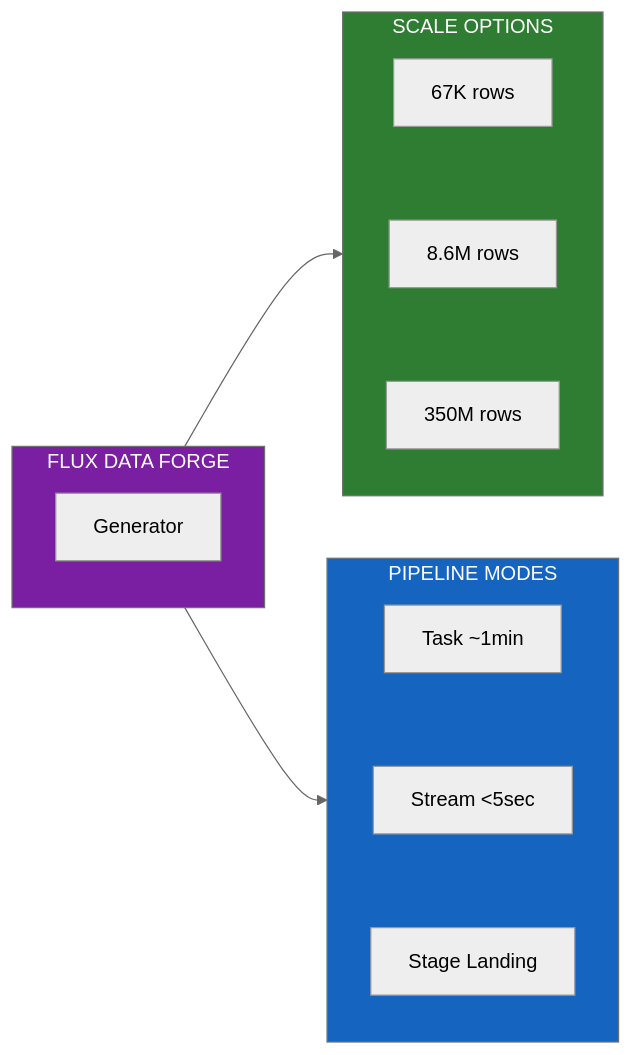
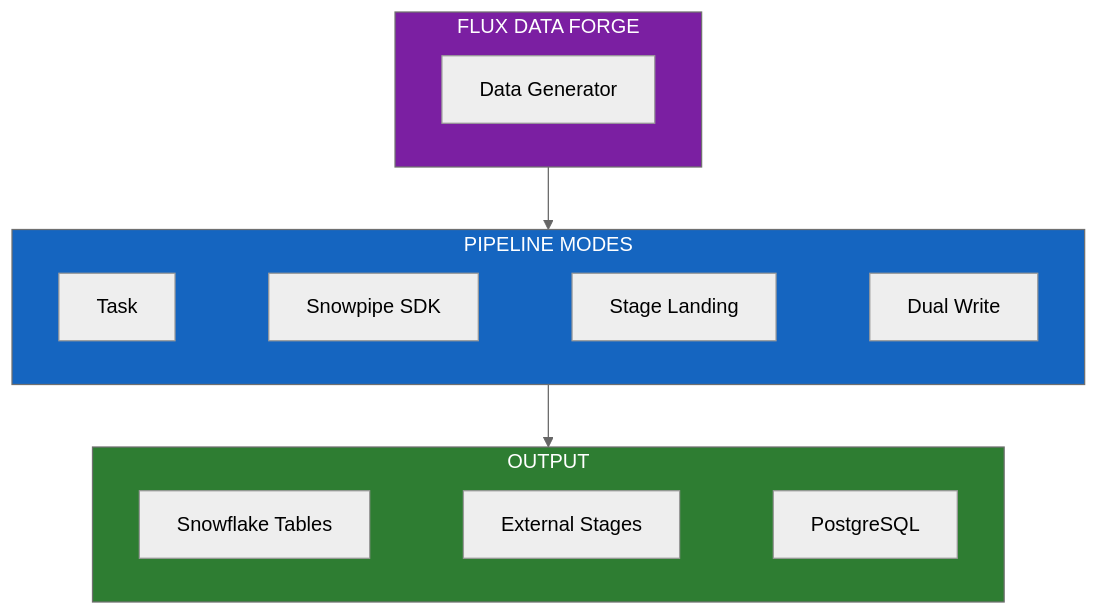
Before and after one commit to sfc-gh-abannerjee/flux-utility-solutions: the third of 3 diagrams in README.md, drawn with Mermaid (neutral theme). The commit also changed 2 other files, not shown here.

Commit message:
Refine Flux Data Forge Mermaid diagrams
- README.md: Clearer top-to-bottom flow showing pipeline modes and outputs
- docs/DATA_FORGE.md: Improved architecture diagram with 4-layer flow, simplified latency comparison
- spcs/flux_data_forge/README.md: Convert ASCII art to Mermaid for consistency

All diagrams now use consistent styling and horizontal layout with ~~~ links.

.... Generated with [Cortex Code](https://docs.snowflake.com/user-guide/snowflake-cortex/cortex-agents)

````diff
--- a/README.md
+++ b/README.md
@@ -145,21 +145,20 @@
 ```mermaid
-flowchart LR
+flowchart TB
     subgraph Forge["FLUX DATA FORGE"]
-        GEN["Generator"]
+        GEN["Data Generator"]
     end
     
-    subgraph Scale["SCALE OPTIONS"]
-        S1["67K rows"] ~~~ S2["8.6M rows"] ~~~ S3["350M rows"]
+    subgraph Modes["PIPELINE MODES"]
+        M1["Task"] ~~~ M2["Snowpipe SDK"] ~~~ M3["Stage Landing"] ~~~ M4["Dual Write"]
     end
     
-    subgraph Pipes["PIPELINE MODES"]
-        P1["Task ~1min"] ~~~ P2["Stream <5sec"] ~~~ P3["Stage Landing"]
+    subgraph Output["OUTPUT"]
+        O1["Snowflake Tables"] ~~~ O2["External Stages"] ~~~ O3["PostgreSQL"]
     end
     
-    Forge --> Scale
-    Forge --> Pipes
+    Forge --> Modes --> Output
     
     style Forge fill:#7b1fa2,color:#fff
-    style Scale fill:#2e7d32,color:#fff
-    style Pipes fill:#1565c0,color:#fff
+    style Modes fill:#1565c0,color:#fff
+    style Output fill:#2e7d32,color:#fff
 ```
````
